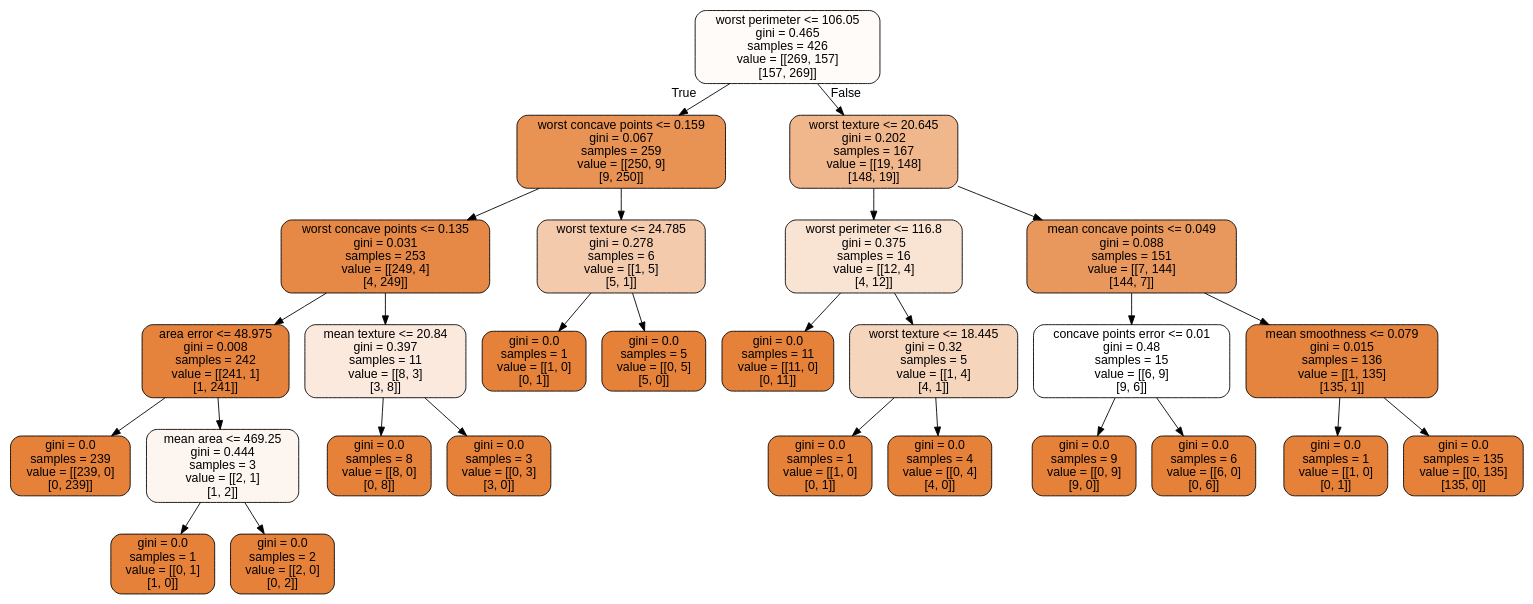
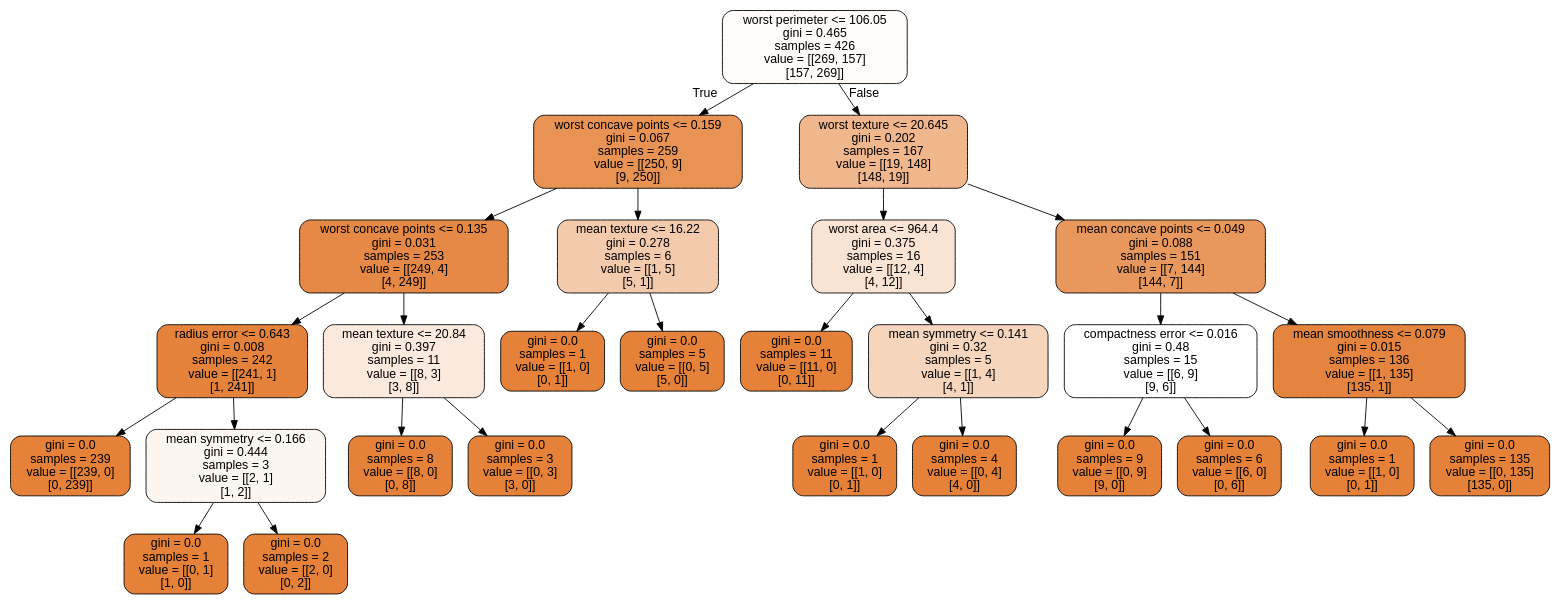
One commit to CompPhysics/MachineLearning changed the diagram in doc/pub/DecisionTrees/ipynb/DataFiles/cancer.dot. Above: the diagram before and after it, drawn with Graphviz. The commit also changed 68 other files, not shown here.

```diff
--- a/doc/pub/DecisionTrees/ipynb/DataFiles/cancer.dot
+++ b/doc/pub/DecisionTrees/ipynb/DataFiles/cancer.dot
@@ -1,57 +1,57 @@
 digraph Tree {
 node [shape=box, style="filled, rounded", color="black", fontname=helvetica] ;
 edge [fontname=helvetica] ;
 0 [label="worst perimeter <= 106.05\ngini = 0.465\nsamples = 426\nvalue = [[269, 157]\n[157, 269]]", fillcolor="#e5813908"] ;
 1 [label="worst concave points <= 0.159\ngini = 0.067\nsamples = 259\nvalue = [[250, 9]\n[9, 250]]", fillcolor="#e58139db"] ;
 0 -> 1 [labeldistance=2.5, labelangle=45, headlabel="True"] ;
 2 [label="worst concave points <= 0.135\ngini = 0.031\nsamples = 253\nvalue = [[249, 4]\n[4, 249]]", fillcolor="#e58139ee"] ;
 1 -> 2 ;
-3 [label="area error <= 48.975\ngini = 0.008\nsamples = 242\nvalue = [[241, 1]\n[1, 241]]", fillcolor="#e58139fb"] ;
+3 [label="radius error <= 0.643\ngini = 0.008\nsamples = 242\nvalue = [[241, 1]\n[1, 241]]", fillcolor="#e58139fb"] ;
 2 -> 3 ;
 4 [label="gini = 0.0\nsamples = 239\nvalue = [[239, 0]\n[0, 239]]", fillcolor="#e58139ff"] ;
 3 -> 4 ;
-5 [label="mean area <= 469.25\ngini = 0.444\nsamples = 3\nvalue = [[2, 1]\n[1, 2]]", fillcolor="#e5813913"] ;
+5 [label="mean symmetry <= 0.166\ngini = 0.444\nsamples = 3\nvalue = [[2, 1]\n[1, 2]]", fillcolor="#e5813913"] ;
 3 -> 5 ;
 6 [label="gini = 0.0\nsamples = 1\nvalue = [[0, 1]\n[1, 0]]", fillcolor="#e58139ff"] ;
 5 -> 6 ;
 7 [label="gini = 0.0\nsamples = 2\nvalue = [[2, 0]\n[0, 2]]", fillcolor="#e58139ff"] ;
 5 -> 7 ;
 8 [label="mean texture <= 20.84\ngini = 0.397\nsamples = 11\nvalue = [[8, 3]\n[3, 8]]", fillcolor="#e581392c"] ;
 2 -> 8 ;
 9 [label="gini = 0.0\nsamples = 8\nvalue = [[8, 0]\n[0, 8]]", fillcolor="#e58139ff"] ;
 8 -> 9 ;
 10 [label="gini = 0.0\nsamples = 3\nvalue = [[0, 3]\n[3, 0]]", fillcolor="#e58139ff"] ;
 8 -> 10 ;
-11 [label="worst texture <= 24.785\ngini = 0.278\nsamples = 6\nvalue = [[1, 5]\n[5, 1]]", fillcolor="#e581396b"] ;
+11 [label="mean texture <= 16.22\ngini = 0.278\nsamples = 6\nvalue = [[1, 5]\n[5, 1]]", fillcolor="#e581396b"] ;
 1 -> 11 ;
 12 [label="gini = 0.0\nsamples = 1\nvalue = [[1, 0]\n[0, 1]]", fillcolor="#e58139ff"] ;
 11 -> 12 ;
 13 [label="gini = 0.0\nsamples = 5\nvalue = [[0, 5]\n[5, 0]]", fillcolor="#e58139ff"] ;
 11 -> 13 ;
 14 [label="worst texture <= 20.645\ngini = 0.202\nsamples = 167\nvalue = [[19, 148]\n[148, 19]]", fillcolor="#e5813994"] ;
 0 -> 14 [labeldistance=2.5, labelangle=-45, headlabel="False"] ;
-15 [label="worst perimeter <= 116.8\ngini = 0.375\nsamples = 16\nvalue = [[12, 4]\n[4, 12]]", fillcolor="#e5813938"] ;
+15 [label="worst area <= 964.4\ngini = 0.375\nsamples = 16\nvalue = [[12, 4]\n[4, 12]]", fillcolor="#e5813938"] ;
 14 -> 15 ;
 16 [label="gini = 0.0\nsamples = 11\nvalue = [[11, 0]\n[0, 11]]", fillcolor="#e58139ff"] ;
 15 -> 16 ;
-17 [label="worst texture <= 18.445\ngini = 0.32\nsamples = 5\nvalue = [[1, 4]\n[4, 1]]", fillcolor="#e5813955"] ;
+17 [label="mean symmetry <= 0.141\ngini = 0.32\nsamples = 5\nvalue = [[1, 4]\n[4, 1]]", fillcolor="#e5813955"] ;
 15 -> 17 ;
 18 [label="gini = 0.0\nsamples = 1\nvalue = [[1, 0]\n[0, 1]]", fillcolor="#e58139ff"] ;
 17 -> 18 ;
 19 [label="gini = 0.0\nsamples = 4\nvalue = [[0, 4]\n[4, 0]]", fillcolor="#e58139ff"] ;
 17 -> 19 ;
 20 [label="mean concave points <= 0.049\ngini = 0.088\nsamples = 151\nvalue = [[7, 144]\n[144, 7]]", fillcolor="#e58139d0"] ;
 14 -> 20 ;
-21 [label="concave points error <= 0.01\ngini = 0.48\nsamples = 15\nvalue = [[6, 9]\n[9, 6]]", fillcolor="#e5813900"] ;
+21 [label="compactness error <= 0.016\ngini = 0.48\nsamples = 15\nvalue = [[6, 9]\n[9, 6]]", fillcolor="#e5813900"] ;
 20 -> 21 ;
 22 [label="gini = 0.0\nsamples = 9\nvalue = [[0, 9]\n[9, 0]]", fillcolor="#e58139ff"] ;
 21 -> 22 ;
 23 [label="gini = 0.0\nsamples = 6\nvalue = [[6, 0]\n[0, 6]]", fillcolor="#e58139ff"] ;
 21 -> 23 ;
 24 [label="mean smoothness <= 0.079\ngini = 0.015\nsamples = 136\nvalue = [[1, 135]\n[135, 1]]", fillcolor="#e58139f7"] ;
 20 -> 24 ;
 25 [label="gini = 0.0\nsamples = 1\nvalue = [[1, 0]\n[0, 1]]", fillcolor="#e58139ff"] ;
 24 -> 25 ;
 26 [label="gini = 0.0\nsamples = 135\nvalue = [[0, 135]\n[135, 0]]", fillcolor="#e58139ff"] ;
 24 -> 26 ;
 }
```
